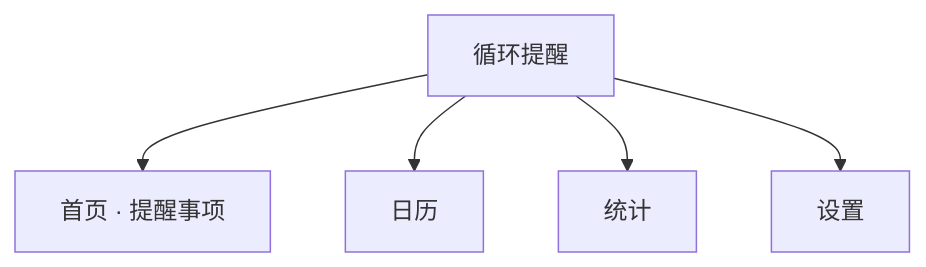
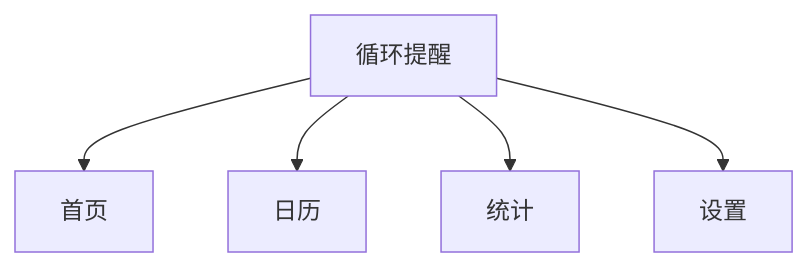
Before and after one commit to tsumon/reminder-app-ios: the first of 2 diagrams in README.md, drawn with Mermaid. The commit also changed other lines of this file and 5 other files, not shown here.

````diff
--- a/README.md
+++ b/README.md
@@ -22,8 +44,8 @@
 ```mermaid
 flowchart TB
   app[循环提醒]
-  app --> home[首页 · 提醒事项]
+  app --> home[首页]
   app --> cal[日历]
   app --> stats[统计]
   app --> set[设置]
 ```
````
